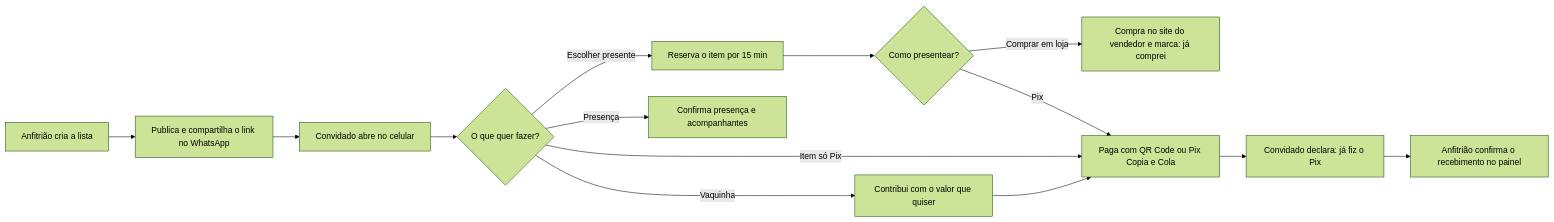
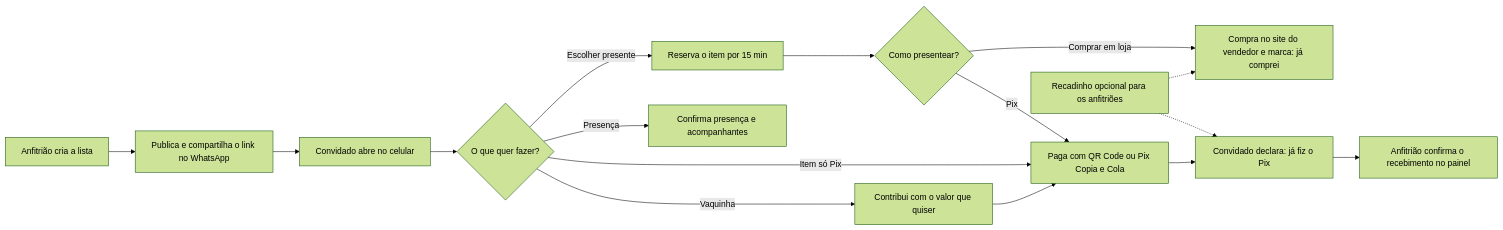
The first of 3 diagrams in README.md (LucasFigs/Momoslist), drawn with Mermaid (forest theme) before and after one commit. The commit also changed other lines of this file and 12 other files, not shown here.

````diff
--- a/README.md
+++ b/README.md
@@ -52,16 +61,18 @@
 ```mermaid
 flowchart LR
   A[Anfitrião cria a lista] --> B[Publica e compartilha o link no WhatsApp]
   B --> C[Convidado abre no celular]
   C --> D{O que quer fazer?}
   D -->|Escolher presente| E[Reserva o item por 15 min]
   E --> F{Como presentear?}
   F -->|Comprar em loja| G[Compra no site do vendedor e marca: já comprei]
   F -->|Pix| H[Paga com QR Code ou Pix Copia e Cola]
   D -->|Item só Pix| H
   D -->|Vaquinha| I[Contribui com o valor que quiser]
   I --> H
   D -->|Presença| J[Confirma presença e acompanhantes]
+  N[Recadinho opcional para os anfitriões] -.-> G
+  N -.-> K
   H --> K[Convidado declara: já fiz o Pix]
   K --> L[Anfitrião confirma o recebimento no painel]
 ```
````
